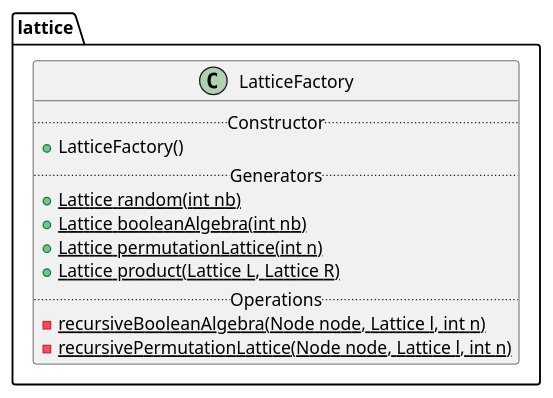
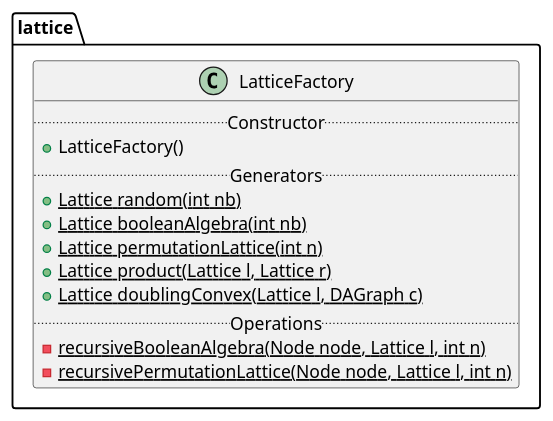
Before and after one commit to thegalactic/java-lattices: the diagram in src/lattice/LatticeFactory.iuml, drawn with PlantUML. The commit also changed 5 other files, not shown here.

First line of the commit message:
DoublingConvex

```diff
--- a/src/lattice/LatticeFactory.iuml
+++ b/src/lattice/LatticeFactory.iuml
@@ -1,14 +1,15 @@
 package lattice {
     class LatticeFactory {
         .. Constructor ..
         +LatticeFactory()
         .. Generators ..
         {static}+Lattice random(int nb)
         {static}+Lattice booleanAlgebra(int nb)
         {static}+Lattice permutationLattice(int n)
-        {static}+Lattice product(Lattice L, Lattice R)
+        {static}+Lattice product(Lattice l, Lattice r)
+        {static}+Lattice doublingConvex(Lattice l, DAGraph c)
         .. Operations ..
         {static}-recursiveBooleanAlgebra(Node node, Lattice l, int n)
         {static}-recursivePermutationLattice(Node node, Lattice l, int n)
     }
 }
```
